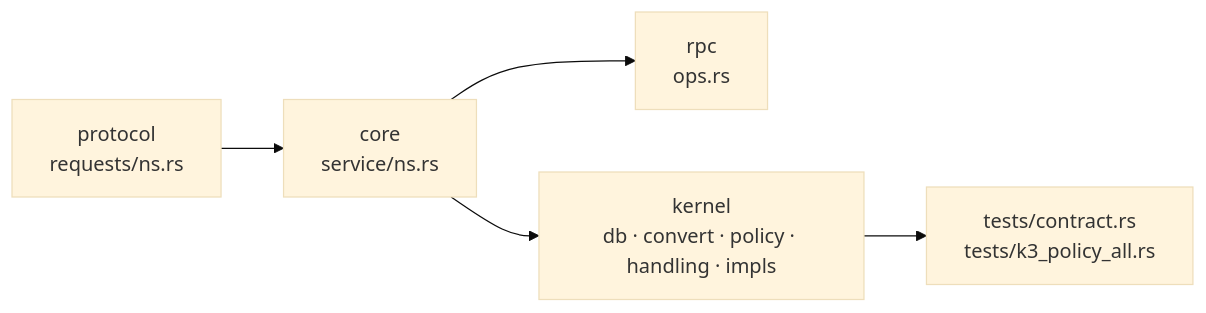
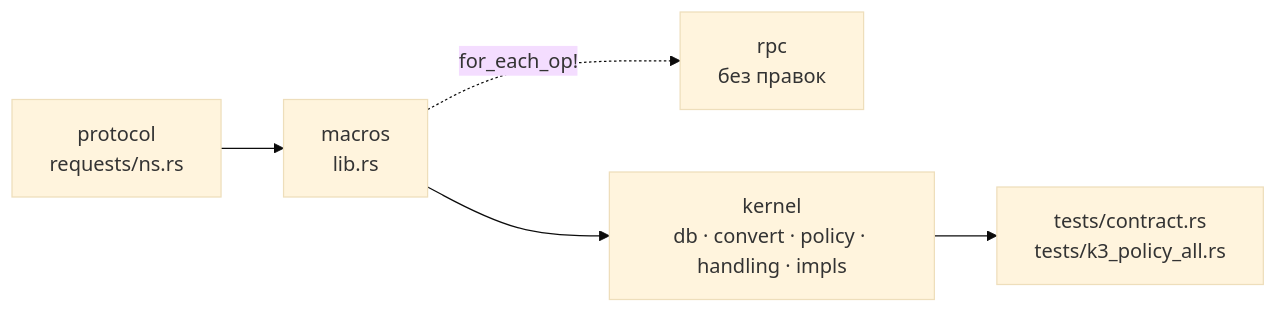
Before and after one commit to eva-rs/kernel: the diagram in docs/src/development.md, drawn with Mermaid (base theme). The commit also changed other lines of this file and 64 other files, not shown here.

````diff
--- a/docs/src/development.md
+++ b/docs/src/development.md
@@ -96,7 +97,7 @@
 ```mermaid
 flowchart LR
-    A["protocol<br/>requests/ns.rs"] --> B["core<br/>service/ns.rs"]
-    B --> C["rpc<br/>ops.rs"]
+    A["protocol<br/>requests/ns.rs"] --> B["macros<br/>lib.rs"]
+    B -. for_each_op! .-> C["rpc<br/>без правок"]
     B --> D["kernel<br/>db · convert · policy · handling · impls"]
     D --> E["tests/contract.rs<br/>tests/k3_policy_all.rs"]
 ```
````
